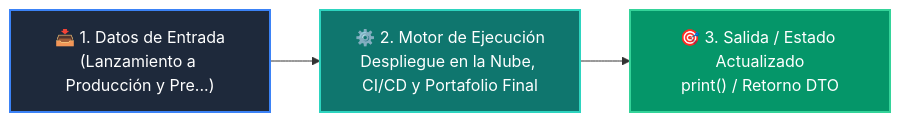
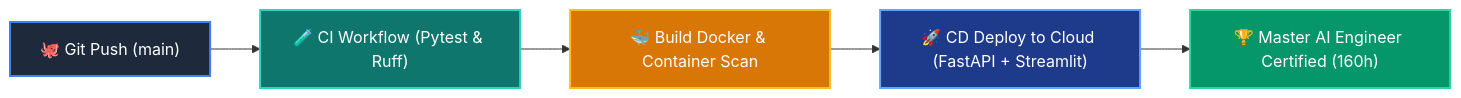
Before and after one commit to wisrovi/wisrovi-python: the diagram in docs/curso-04/clase-08.md, drawn with Mermaid. The commit also changed other lines of this file and 52 other files, not shown here.

````diff
--- a/docs/curso-04/clase-08.md
+++ b/docs/curso-04/clase-08.md
@@ -38,9 +37,12 @@
 ```mermaid
 flowchart LR
-    IN["📥 1. Datos de Entrada<br/>(Lanzamiento a Producción y Pre...)"] --> ENG["⚙️ 2. Motor de Ejecución<br/>Despliegue en la Nube, CI/CD y Portafolio Final"]
-    ENG --> OUT["🎯 3. Salida / Estado Actualizado<br/>print() / Retorno DTO"]
-
-    style IN fill:#1e293b,color:#ffffff,stroke:#3b82f6,stroke-width:2px
-    style ENG fill:#0f766e,color:#ffffff,stroke:#2dd4bf,stroke-width:2px
-    style OUT fill:#059669,color:#ffffff,stroke:#34d399,stroke-width:2px
+    A["🐙 Git Push (main)"] --> B["🧪 CI Workflow (Pytest & Ruff)"]
+    B --> C["🐳 Build Docker & Container Scan"]
+    C --> D["🚀 CD Deploy to Cloud (FastAPI + Streamlit)"]
+    D --> E["🏆 Master AI Engineer Certified (160h)"]
+    style A fill:#1e293b,color:#ffffff,stroke:#3b82f6,stroke-width:2px
+    style B fill:#0f766e,color:#ffffff,stroke:#2dd4bf,stroke-width:2px
+    style C fill:#d97706,color:#ffffff,stroke:#fbbf24,stroke-width:2px
+    style D fill:#1e3a8a,color:#ffffff,stroke:#60a5fa,stroke-width:2px
+    style E fill:#059669,color:#ffffff,stroke:#34d399,stroke-width:2px
 ```
````
